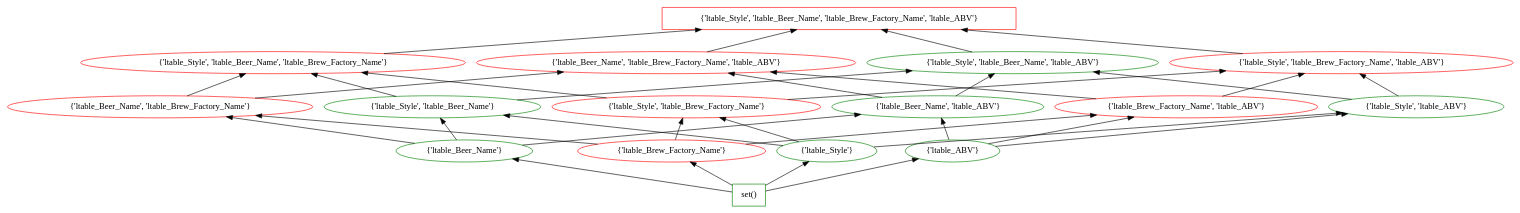
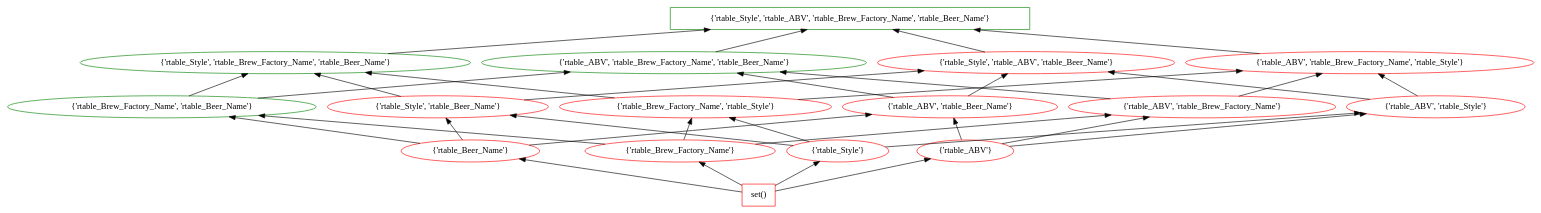
The diagram in data/beers/ditto/2/lattice_2.dot (tteofili/certem), drawn with Graphviz before and after one commit. The commit also changed 561 other files, not shown here.

```diff
--- a/data/beers/ditto/2/lattice_2.dot
+++ b/data/beers/ditto/2/lattice_2.dot
@@ -1,54 +1,54 @@
 digraph G {
 splines="line"
 rankdir=BT
-"{'ltable_Style', 'ltable_Beer_Name', 'ltable_Brew_Factory_Name', 'ltable_ABV'}" [shape=box];
+"{'rtable_Style', 'rtable_ABV', 'rtable_Brew_Factory_Name', 'rtable_Beer_Name'}" [shape=box];
 "set()" [shape=box];
-"set()" [color=green];
-"set()" -> "{'ltable_Beer_Name'}";
-"set()" -> "{'ltable_Brew_Factory_Name'}";
-"set()" -> "{'ltable_Style'}";
-"set()" -> "{'ltable_ABV'}";
-"{'ltable_Beer_Name'}" [color=green];
-"{'ltable_Beer_Name'}" -> "{'ltable_Beer_Name', 'ltable_Brew_Factory_Name'}";
-"{'ltable_Beer_Name'}" -> "{'ltable_Style', 'ltable_Beer_Name'}";
-"{'ltable_Beer_Name'}" -> "{'ltable_Beer_Name', 'ltable_ABV'}";
-"{'ltable_Brew_Factory_Name'}" [color=red];
-"{'ltable_Brew_Factory_Name'}" -> "{'ltable_Beer_Name', 'ltable_Brew_Factory_Name'}";
-"{'ltable_Brew_Factory_Name'}" -> "{'ltable_Style', 'ltable_Brew_Factory_Name'}";
-"{'ltable_Brew_Factory_Name'}" -> "{'ltable_Brew_Factory_Name', 'ltable_ABV'}";
-"{'ltable_Style'}" [color=green];
-"{'ltable_Style'}" -> "{'ltable_Style', 'ltable_Beer_Name'}";
-"{'ltable_Style'}" -> "{'ltable_Style', 'ltable_Brew_Factory_Name'}";
-"{'ltable_Style'}" -> "{'ltable_Style', 'ltable_ABV'}";
-"{'ltable_ABV'}" [color=green];
-"{'ltable_ABV'}" -> "{'ltable_Beer_Name', 'ltable_ABV'}";
-"{'ltable_ABV'}" -> "{'ltable_Brew_Factory_Name', 'ltable_ABV'}";
-"{'ltable_ABV'}" -> "{'ltable_Style', 'ltable_ABV'}";
-"{'ltable_Beer_Name', 'ltable_Brew_Factory_Name'}" [color=red];
-"{'ltable_Beer_Name', 'ltable_Brew_Factory_Name'}" -> "{'ltable_Style', 'ltable_Beer_Name', 'ltable_Brew_Factory_Name'}";
-"{'ltable_Beer_Name', 'ltable_Brew_Factory_Name'}" -> "{'ltable_Beer_Name', 'ltable_Brew_Factory_Name', 'ltable_ABV'}";
-"{'ltable_Style', 'ltable_Beer_Name'}" [color=green];
-"{'ltable_Style', 'ltable_Beer_Name'}" -> "{'ltable_Style', 'ltable_Beer_Name', 'ltable_Brew_Factory_Name'}";
-"{'ltable_Style', 'ltable_Beer_Name'}" -> "{'ltable_Style', 'ltable_Beer_Name', 'ltable_ABV'}";
-"{'ltable_Beer_Name', 'ltable_ABV'}" [color=green];
-"{'ltable_Beer_Name', 'ltable_ABV'}" -> "{'ltable_Beer_Name', 'ltable_Brew_Factory_Name', 'ltable_ABV'}";
-"{'ltable_Beer_Name', 'ltable_ABV'}" -> "{'ltable_Style', 'ltable_Beer_Name', 'ltable_ABV'}";
-"{'ltable_Style', 'ltable_Brew_Factory_Name'}" [color=red];
-"{'ltable_Style', 'ltable_Brew_Factory_Name'}" -> "{'ltable_Style', 'ltable_Beer_Name', 'ltable_Brew_Factory_Name'}";
-"{'ltable_Style', 'ltable_Brew_Factory_Name'}" -> "{'ltable_Style', 'ltable_Brew_Factory_Name', 'ltable_ABV'}";
-"{'ltable_Brew_Factory_Name', 'ltable_ABV'}" [color=red];
-"{'ltable_Brew_Factory_Name', 'ltable_ABV'}" -> "{'ltable_Beer_Name', 'ltable_Brew_Factory_Name', 'ltable_ABV'}";
-"{'ltable_Brew_Factory_Name', 'ltable_ABV'}" -> "{'ltable_Style', 'ltable_Brew_Factory_Name', 'ltable_ABV'}";
-"{'ltable_Style', 'ltable_ABV'}" [color=green];
-"{'ltable_Style', 'ltable_ABV'}" -> "{'ltable_Style', 'ltable_Beer_Name', 'ltable_ABV'}";
-"{'ltable_Style', 'ltable_ABV'}" -> "{'ltable_Style', 'ltable_Brew_Factory_Name', 'ltable_ABV'}";
-"{'ltable_Style', 'ltable_Beer_Name', 'ltable_Brew_Factory_Name'}" [color=red];
-"{'ltable_Style', 'ltable_Beer_Name', 'ltable_Brew_Factory_Name'}" -> "{'ltable_Style', 'ltable_Beer_Name', 'ltable_Brew_Factory_Name', 'ltable_ABV'}";
-"{'ltable_Beer_Name', 'ltable_Brew_Factory_Name', 'ltable_ABV'}" [color=red];
-"{'ltable_Beer_Name', 'ltable_Brew_Factory_Name', 'ltable_ABV'}" -> "{'ltable_Style', 'ltable_Beer_Name', 'ltable_Brew_Factory_Name', 'ltable_ABV'}";
-"{'ltable_Style', 'ltable_Beer_Name', 'ltable_ABV'}" [color=green];
-"{'ltable_Style', 'ltable_Beer_Name', 'ltable_ABV'}" -> "{'ltable_Style', 'ltable_Beer_Name', 'ltable_Brew_Factory_Name', 'ltable_ABV'}";
-"{'ltable_Style', 'ltable_Brew_Factory_Name', 'ltable_ABV'}" [color=red];
-"{'ltable_Style', 'ltable_Brew_Factory_Name', 'ltable_ABV'}" -> "{'ltable_Style', 'ltable_Beer_Name', 'ltable_Brew_Factory_Name', 'ltable_ABV'}";
-"{'ltable_Style', 'ltable_Beer_Name', 'ltable_Brew_Factory_Name', 'ltable_ABV'}" [color=red];
+"set()" [color=red];
+"set()" -> "{'rtable_Beer_Name'}";
+"set()" -> "{'rtable_Brew_Factory_Name'}";
+"set()" -> "{'rtable_Style'}";
+"set()" -> "{'rtable_ABV'}";
+"{'rtable_Beer_Name'}" [color=red];
+"{'rtable_Beer_Name'}" -> "{'rtable_Brew_Factory_Name', 'rtable_Beer_Name'}";
+"{'rtable_Beer_Name'}" -> "{'rtable_Style', 'rtable_Beer_Name'}";
+"{'rtable_Beer_Name'}" -> "{'rtable_ABV', 'rtable_Beer_Name'}";
+"{'rtable_Brew_Factory_Name'}" [color=red];
+"{'rtable_Brew_Factory_Name'}" -> "{'rtable_Brew_Factory_Name', 'rtable_Beer_Name'}";
+"{'rtable_Brew_Factory_Name'}" -> "{'rtable_Brew_Factory_Name', 'rtable_Style'}";
+"{'rtable_Brew_Factory_Name'}" -> "{'rtable_ABV', 'rtable_Brew_Factory_Name'}";
+"{'rtable_Style'}" [color=red];
+"{'rtable_Style'}" -> "{'rtable_Style', 'rtable_Beer_Name'}";
+"{'rtable_Style'}" -> "{'rtable_Brew_Factory_Name', 'rtable_Style'}";
+"{'rtable_Style'}" -> "{'rtable_ABV', 'rtable_Style'}";
+"{'rtable_ABV'}" [color=red];
+"{'rtable_ABV'}" -> "{'rtable_ABV', 'rtable_Beer_Name'}";
+"{'rtable_ABV'}" -> "{'rtable_ABV', 'rtable_Brew_Factory_Name'}";
+"{'rtable_ABV'}" -> "{'rtable_ABV', 'rtable_Style'}";
+"{'rtable_Brew_Factory_Name', 'rtable_Beer_Name'}" [color=green];
+"{'rtable_Brew_Factory_Name', 'rtable_Beer_Name'}" -> "{'rtable_Style', 'rtable_Brew_Factory_Name', 'rtable_Beer_Name'}";
+"{'rtable_Brew_Factory_Name', 'rtable_Beer_Name'}" -> "{'rtable_ABV', 'rtable_Brew_Factory_Name', 'rtable_Beer_Name'}";
+"{'rtable_Style', 'rtable_Beer_Name'}" [color=red];
+"{'rtable_Style', 'rtable_Beer_Name'}" -> "{'rtable_Style', 'rtable_Brew_Factory_Name', 'rtable_Beer_Name'}";
+"{'rtable_Style', 'rtable_Beer_Name'}" -> "{'rtable_Style', 'rtable_ABV', 'rtable_Beer_Name'}";
+"{'rtable_ABV', 'rtable_Beer_Name'}" [color=red];
+"{'rtable_ABV', 'rtable_Beer_Name'}" -> "{'rtable_ABV', 'rtable_Brew_Factory_Name', 'rtable_Beer_Name'}";
+"{'rtable_ABV', 'rtable_Beer_Name'}" -> "{'rtable_Style', 'rtable_ABV', 'rtable_Beer_Name'}";
+"{'rtable_Brew_Factory_Name', 'rtable_Style'}" [color=red];
+"{'rtable_Brew_Factory_Name', 'rtable_Style'}" -> "{'rtable_Style', 'rtable_Brew_Factory_Name', 'rtable_Beer_Name'}";
+"{'rtable_Brew_Factory_Name', 'rtable_Style'}" -> "{'rtable_ABV', 'rtable_Brew_Factory_Name', 'rtable_Style'}";
+"{'rtable_ABV', 'rtable_Brew_Factory_Name'}" [color=red];
+"{'rtable_ABV', 'rtable_Brew_Factory_Name'}" -> "{'rtable_ABV', 'rtable_Brew_Factory_Name', 'rtable_Beer_Name'}";
+"{'rtable_ABV', 'rtable_Brew_Factory_Name'}" -> "{'rtable_ABV', 'rtable_Brew_Factory_Name', 'rtable_Style'}";
+"{'rtable_ABV', 'rtable_Style'}" [color=red];
+"{'rtable_ABV', 'rtable_Style'}" -> "{'rtable_Style', 'rtable_ABV', 'rtable_Beer_Name'}";
+"{'rtable_ABV', 'rtable_Style'}" -> "{'rtable_ABV', 'rtable_Brew_Factory_Name', 'rtable_Style'}";
+"{'rtable_Style', 'rtable_Brew_Factory_Name', 'rtable_Beer_Name'}" [color=green];
+"{'rtable_Style', 'rtable_Brew_Factory_Name', 'rtable_Beer_Name'}" -> "{'rtable_Style', 'rtable_ABV', 'rtable_Brew_Factory_Name', 'rtable_Beer_Name'}";
+"{'rtable_ABV', 'rtable_Brew_Factory_Name', 'rtable_Beer_Name'}" [color=green];
+"{'rtable_ABV', 'rtable_Brew_Factory_Name', 'rtable_Beer_Name'}" -> "{'rtable_Style', 'rtable_ABV', 'rtable_Brew_Factory_Name', 'rtable_Beer_Name'}";
+"{'rtable_Style', 'rtable_ABV', 'rtable_Beer_Name'}" [color=red];
+"{'rtable_Style', 'rtable_ABV', 'rtable_Beer_Name'}" -> "{'rtable_Style', 'rtable_ABV', 'rtable_Brew_Factory_Name', 'rtable_Beer_Name'}";
+"{'rtable_ABV', 'rtable_Brew_Factory_Name', 'rtable_Style'}" [color=red];
+"{'rtable_ABV', 'rtable_Brew_Factory_Name', 'rtable_Style'}" -> "{'rtable_Style', 'rtable_ABV', 'rtable_Brew_Factory_Name', 'rtable_Beer_Name'}";
+"{'rtable_Style', 'rtable_ABV', 'rtable_Brew_Factory_Name', 'rtable_Beer_Name'}" [color=green];
 }
```
